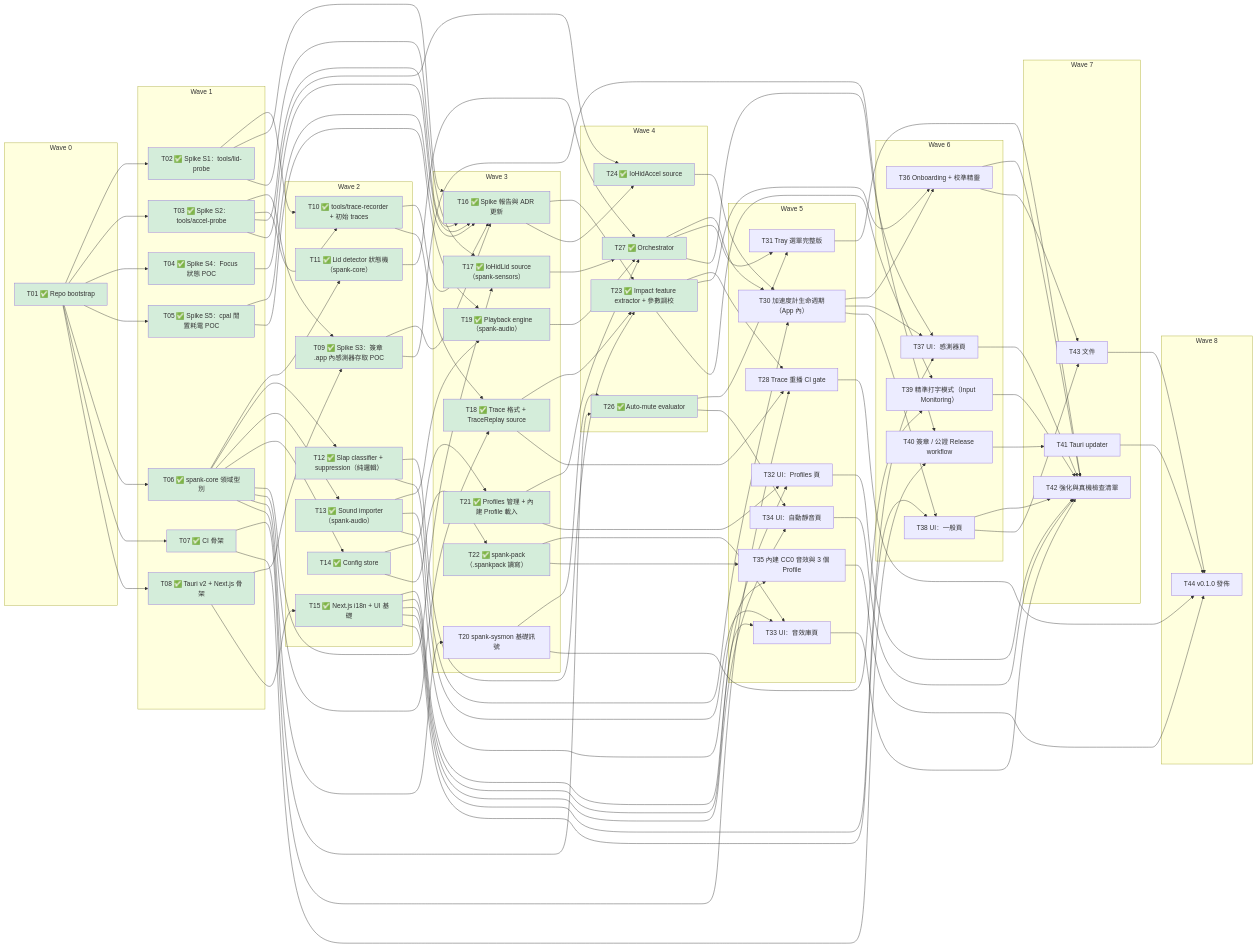
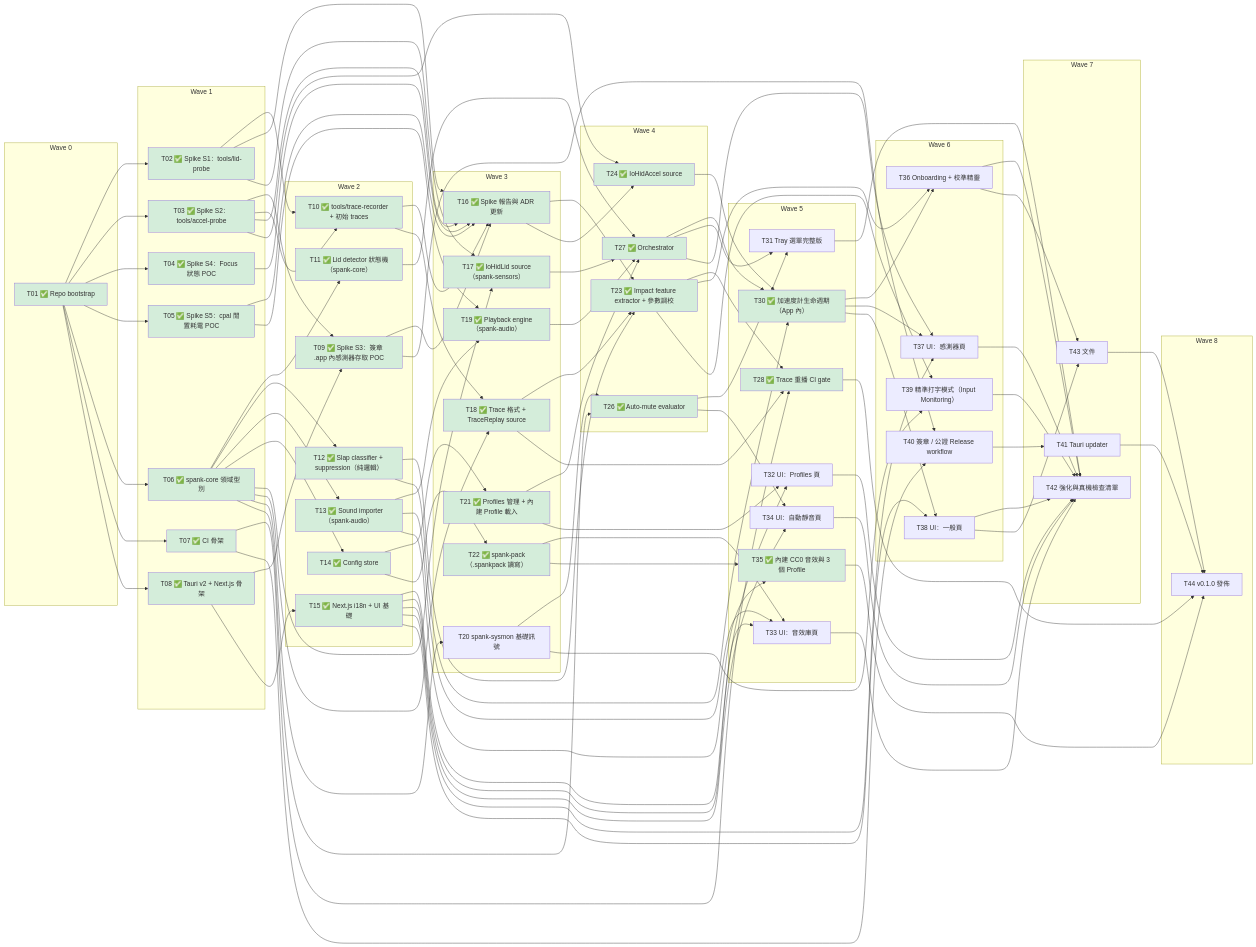
Before and after one commit to kaija/spank: the diagram in docs/tasks.md, drawn with Mermaid. The commit also changed other lines of this file and 72 other files, not shown here.

````diff
--- a/docs/tasks.md
+++ b/docs/tasks.md
@@ -59,13 +59,13 @@
     T27["T27 ✅ Orchestrator"]
   end
   subgraph W5["Wave 5"]
-    T28["T28 Trace 重播 CI gate"]
-    T30["T30 加速度計生命週期（App 內）"]
+    T28["T28 ✅ Trace 重播 CI gate"]
+    T30["T30 ✅ 加速度計生命週期（App 內）"]
     T31["T31 Tray 選單完整版"]
     T32["T32 UI：Profiles 頁"]
     T33["T33 UI：音效庫頁"]
     T34["T34 UI：自動靜音頁"]
-    T35["T35 內建 CC0 音效與 3 個 Profile"]
+    T35["T35 ✅ 內建 CC0 音效與 3 個 Profile"]
   end
   subgraph W6["Wave 6"]
     T36["T36 Onboarding + 校準精靈"]
@@ -192,4 +192,7 @@
   style T24 fill:#d4edda
   style T26 fill:#d4edda
   style T27 fill:#d4edda
+  style T28 fill:#d4edda
+  style T30 fill:#d4edda
+  style T35 fill:#d4edda
 ```
````
